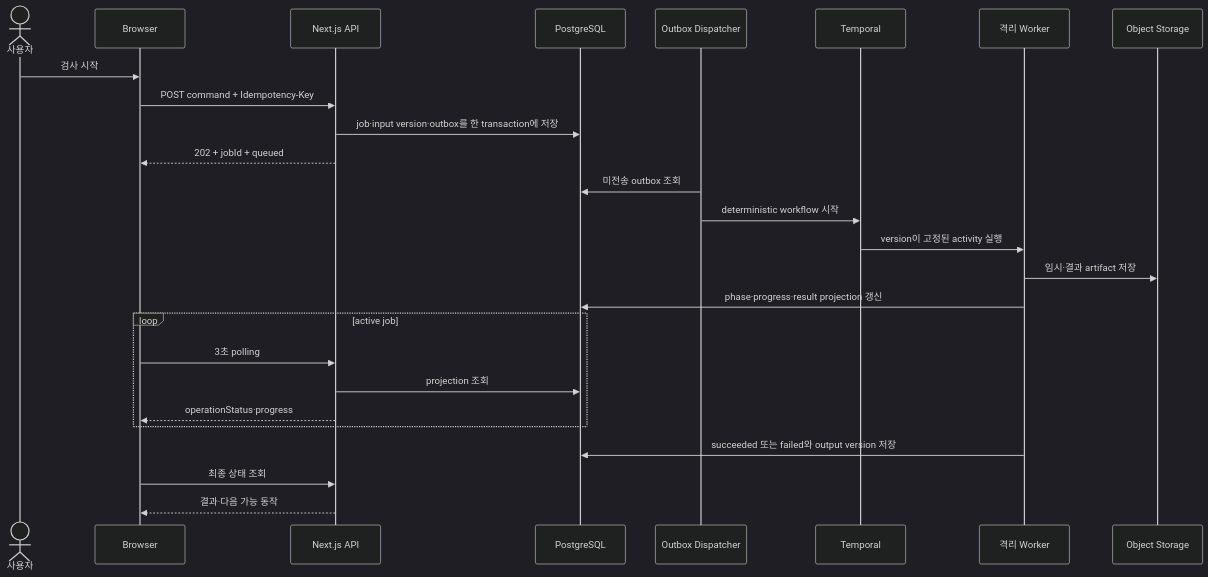
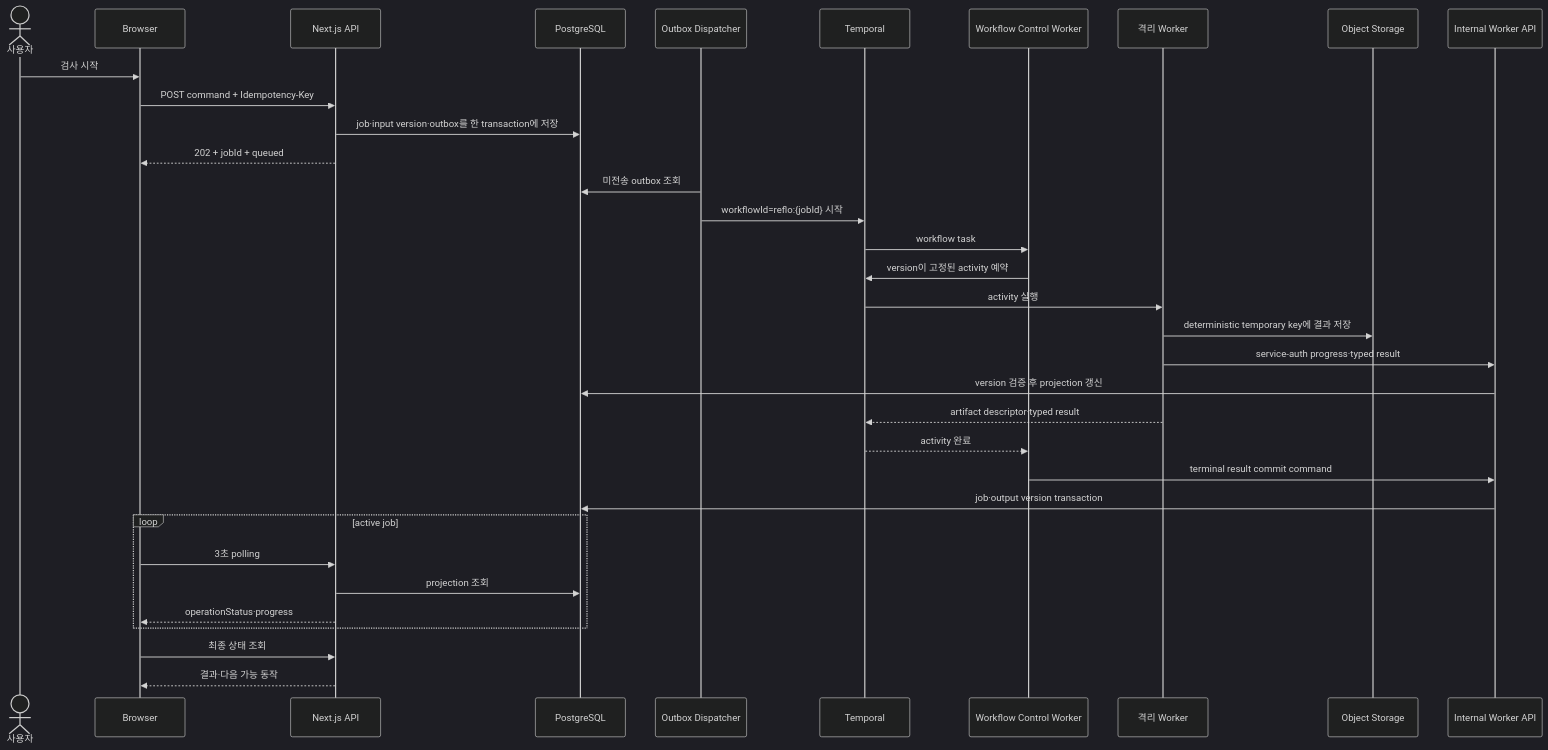
The fourth of 5 diagrams in docs/REFLO_SYSTEM_ARCHITECTURE_v1.md (choidev777-bit/reflo_fin), drawn with Mermaid (dark theme) before and after one commit. The commit also changed other lines of this file and 1 other file, not shown here.

Commit message:
docs: harden system architecture boundaries

````diff
--- a/docs/REFLO_SYSTEM_ARCHITECTURE_v1.md
+++ b/docs/REFLO_SYSTEM_ARCHITECTURE_v1.md
@@ -252,29 +285,37 @@
 ```mermaid
 sequenceDiagram
     actor User as 사용자
     participant UI as Browser
     participant API as Next.js API
     participant DB as PostgreSQL
     participant D as Outbox Dispatcher
     participant T as Temporal
+    participant C as Workflow Control Worker
     participant W as 격리 Worker
     participant S3 as Object Storage
+    participant I as Internal Worker API
 
     User->>UI: 검사 시작
     UI->>API: POST command + Idempotency-Key
     API->>DB: job·input version·outbox를 한 transaction에 저장
     API-->>UI: 202 + jobId + queued
     D->>DB: 미전송 outbox 조회
-    D->>T: deterministic workflow 시작
-    T->>W: version이 고정된 activity 실행
-    W->>S3: 임시·결과 artifact 저장
-    W->>DB: phase·progress·result projection 갱신
+    D->>T: workflowId=reflo:{jobId} 시작
+    T->>C: workflow task
+    C->>T: version이 고정된 activity 예약
+    T->>W: activity 실행
+    W->>S3: deterministic temporary key에 결과 저장
+    W->>I: service-auth progress·typed result
+    I->>DB: version 검증 후 projection 갱신
+    W-->>T: artifact descriptor·typed result
+    T-->>C: activity 완료
+    C->>I: terminal result commit command
+    I->>DB: job·output version transaction
     loop active job
         UI->>API: 3초 polling
         API->>DB: projection 조회
         API-->>UI: operationStatus·progress
     end
-    W->>DB: succeeded 또는 failed와 output version 저장
     UI->>API: 최종 상태 조회
     API-->>UI: 결과·다음 가능 동작
 ```
````
